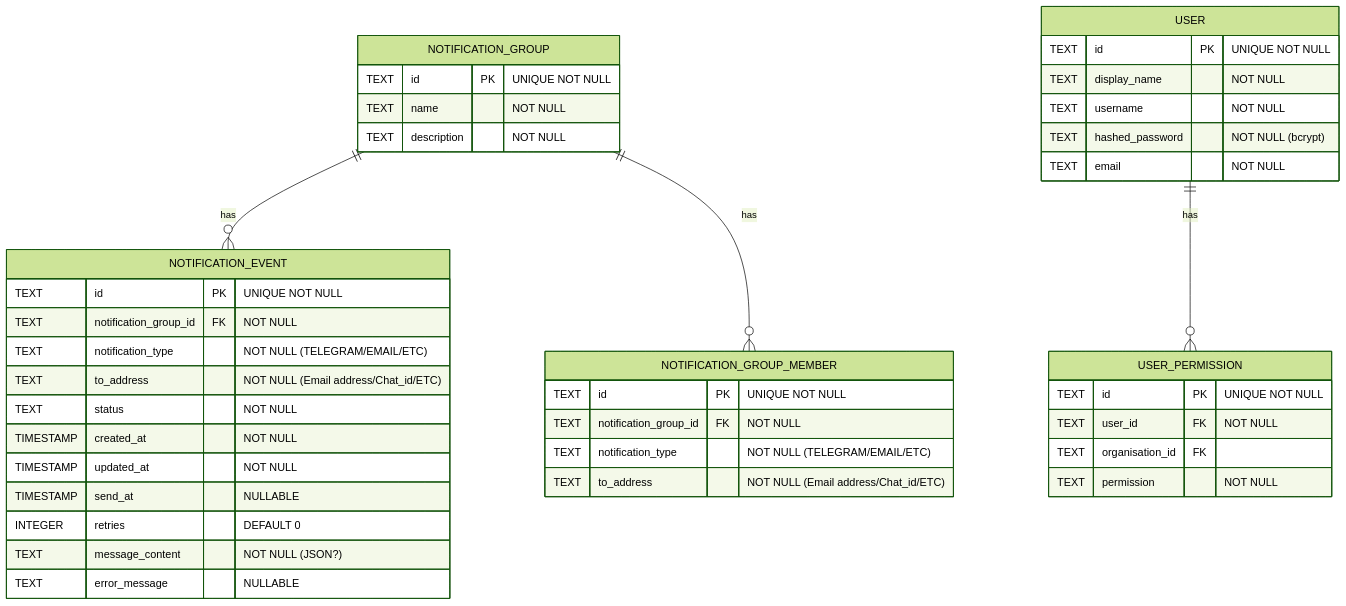
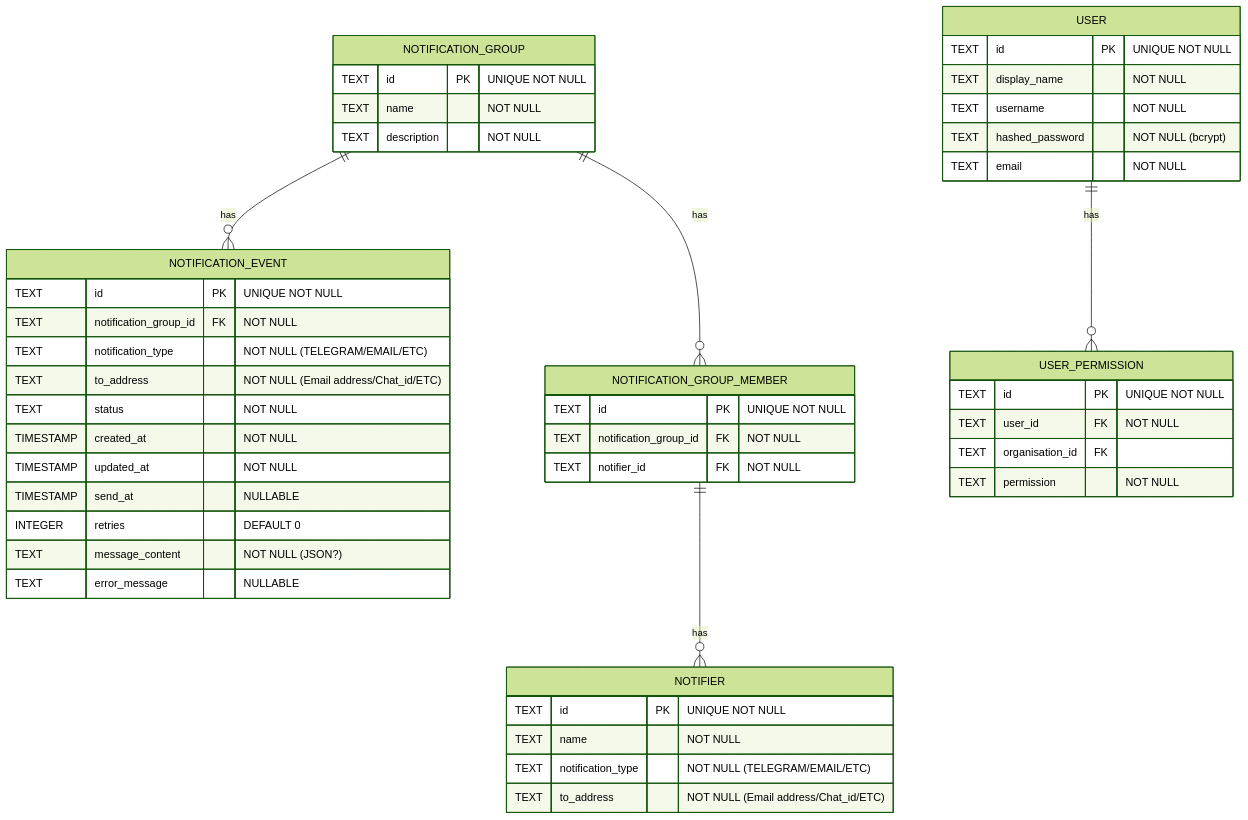
Before and after one commit to openmsupply/notify: the diagram in docs/schema.md, drawn with Mermaid (forest theme).

Commit message:
Add notifier table

````diff
--- a/docs/schema.md
+++ b/docs/schema.md
@@ -10,43 +10,49 @@
 ```mermaid
 erDiagram
     NOTIFICATION_EVENT {
         TEXT id PK "UNIQUE NOT NULL"
         TEXT notification_group_id FK "NOT NULL"
         TEXT notification_type "NOT NULL (TELEGRAM/EMAIL/ETC)"
         TEXT to_address "NOT NULL (Email address/Chat_id/ETC)"
         TEXT status "NOT NULL"
         TIMESTAMP created_at "NOT NULL"
         TIMESTAMP updated_at "NOT NULL"
         TIMESTAMP send_at "NULLABLE"
         INTEGER retries "DEFAULT 0"
         TEXT message_content "NOT NULL (JSON?)"
         TEXT error_message "NULLABLE"
     }
     NOTIFICATION_GROUP {
         TEXT id PK "UNIQUE NOT NULL"
         TEXT name "NOT NULL"
         TEXT description "NOT NULL"
     }
     NOTIFICATION_GROUP_MEMBER {
         TEXT id PK "UNIQUE NOT NULL"
         TEXT notification_group_id FK "NOT NULL"
+        TEXT notifier_id FK "NOT NULL"
+    }
+    NOTIFIER {
+        TEXT id PK "UNIQUE NOT NULL"
+        TEXT name "NOT NULL"
         TEXT notification_type "NOT NULL (TELEGRAM/EMAIL/ETC)"
         TEXT to_address "NOT NULL (Email address/Chat_id/ETC)"
     }
     USER {
 	    TEXT id PK "UNIQUE NOT NULL"
 	    TEXT display_name "NOT NULL"
         TEXT username  "NOT NULL"
         TEXT hashed_password "NOT NULL (bcrypt)"
         TEXT email "NOT NULL"
     }
     USER_PERMISSION {
 	    TEXT id PK "UNIQUE NOT NULL"
         TEXT user_id FK "NOT NULL"
         TEXT organisation_id FK ""
 	    TEXT permission "NOT NULL"
     }
     NOTIFICATION_GROUP ||--o{ NOTIFICATION_EVENT : has
     NOTIFICATION_GROUP ||--o{ NOTIFICATION_GROUP_MEMBER : has
+    NOTIFICATION_GROUP_MEMBER ||--o{ NOTIFIER : has
     USER ||--o{ USER_PERMISSION : has
 ```
````
